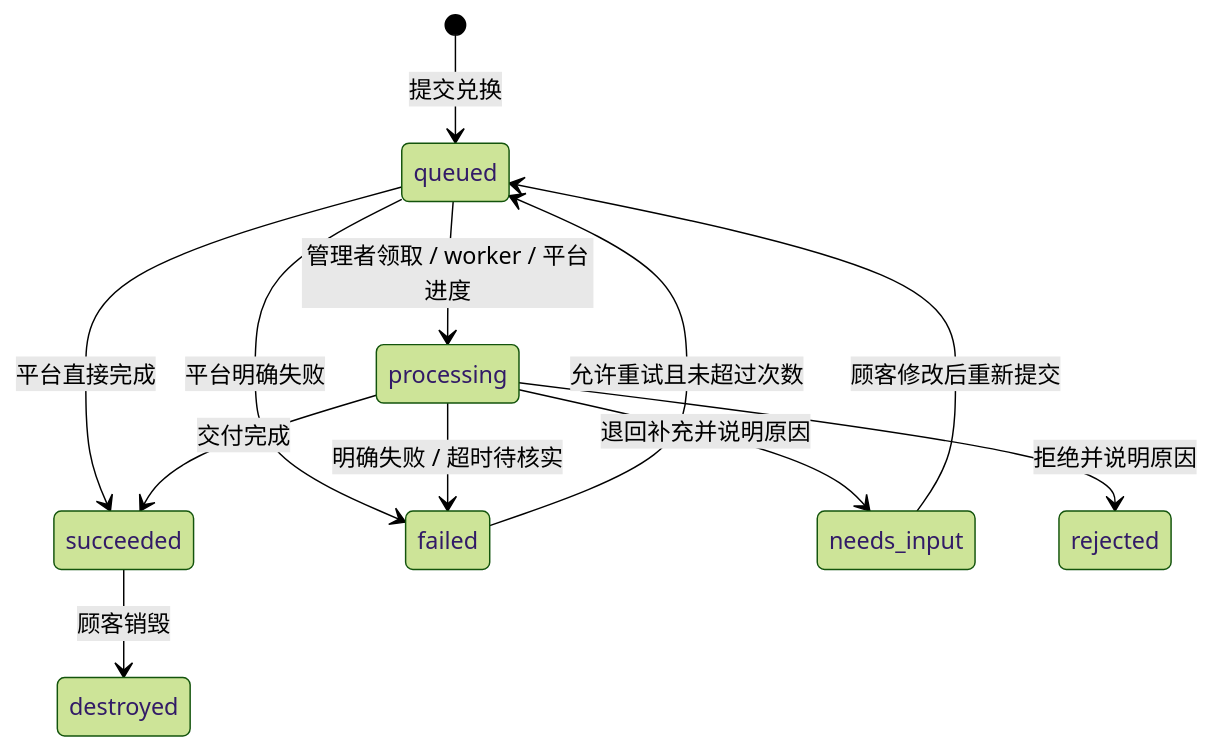
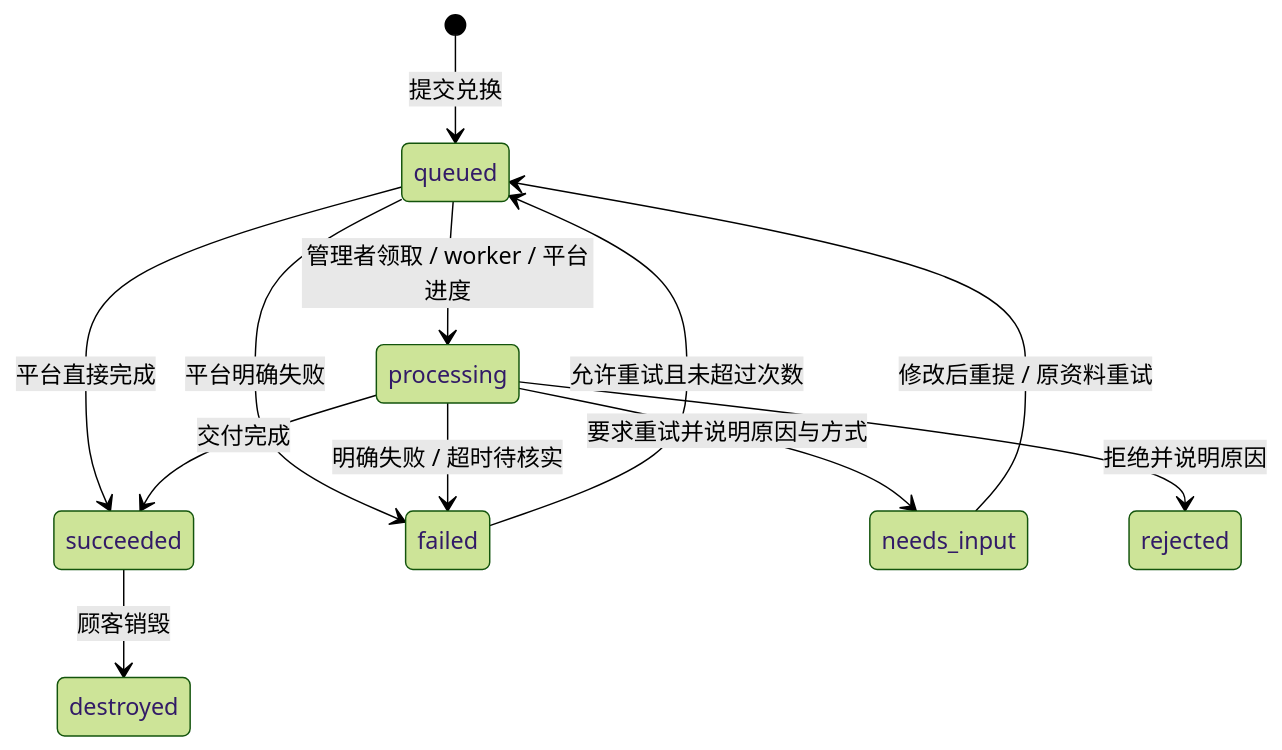
One commit to TokenNotIncluded/extore changed the diagram in docs/protocol.md. Above: the diagram before and after it, drawn with Mermaid (forest theme). The commit also changed other lines of this file and 96 other files, not shown here.

````diff
--- a/docs/protocol.md
+++ b/docs/protocol.md
@@ -7,14 +28,14 @@
 ```mermaid
 stateDiagram-v2
   [*] --> queued: 提交兑换
   queued --> processing: 管理者领取 / worker / 平台进度
   queued --> succeeded: 平台直接完成
   queued --> failed: 平台明确失败
   processing --> succeeded: 交付完成
   processing --> failed: 明确失败 / 超时待核实
-  processing --> needs_input: 退回补充并说明原因
-  needs_input --> queued: 顾客修改后重新提交
+  processing --> needs_input: 要求重试并说明原因与方式
+  needs_input --> queued: 修改后重提 / 原资料重试
   processing --> rejected: 拒绝并说明原因
   failed --> queued: 允许重试且未超过次数
   succeeded --> destroyed: 顾客销毁
 ```
````
